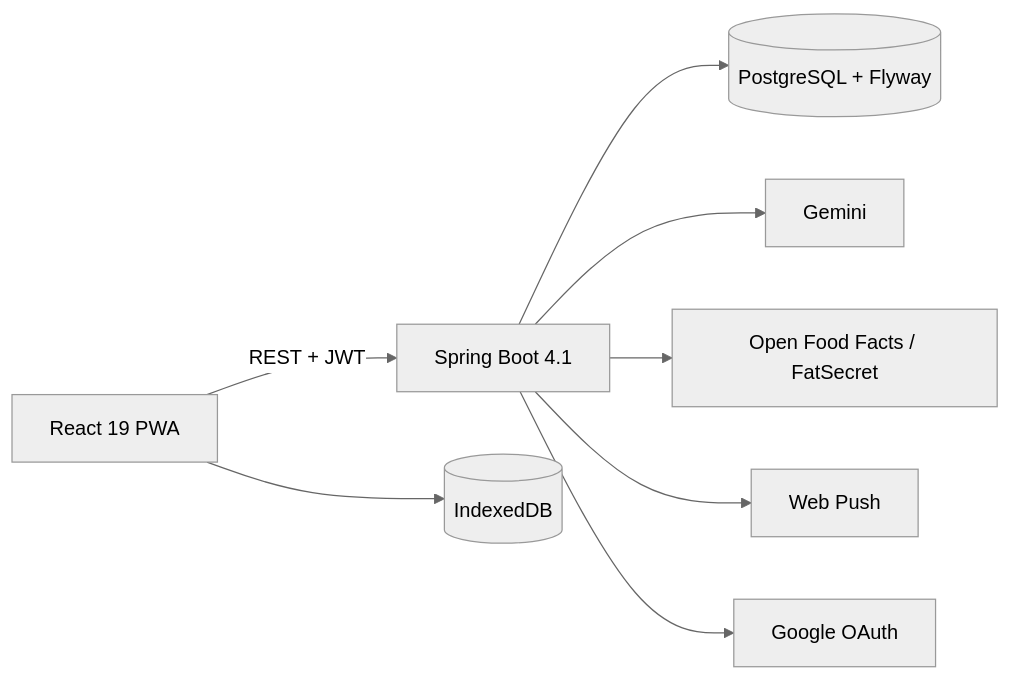
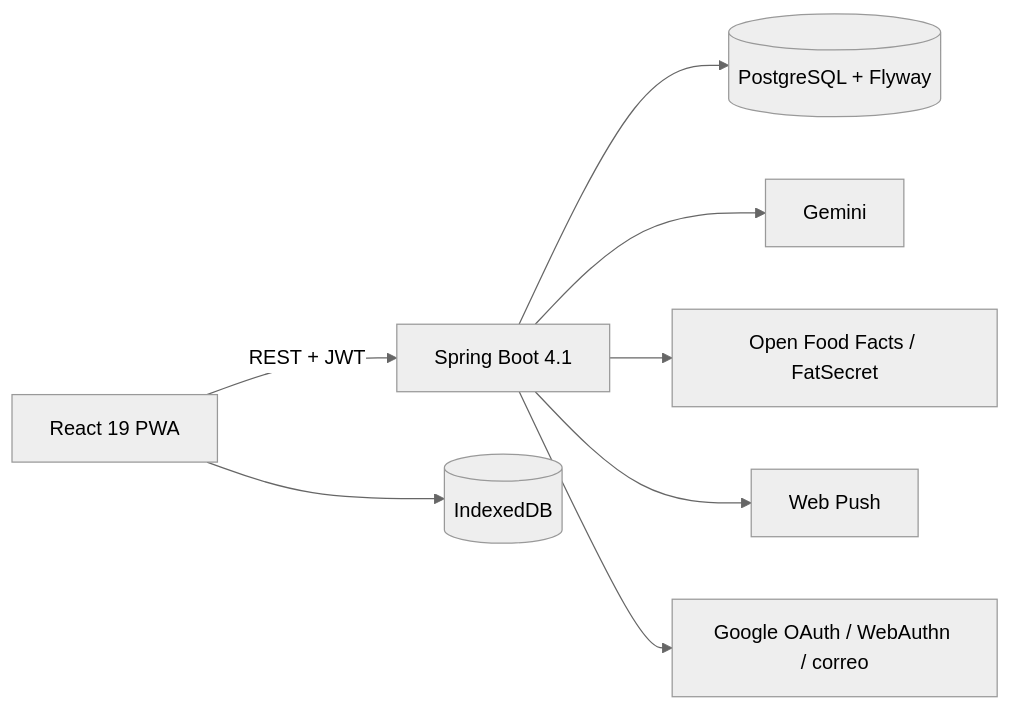
The diagram in README.md (RaclosDev/ascension-tracker), drawn with Mermaid (neutral theme) before and after one commit. The commit also changed other lines of this file and 154 other files, not shown here.

````diff
--- a/README.md
+++ b/README.md
@@ -62,10 +66,10 @@
 ```mermaid
 flowchart LR
     UI[React 19 PWA] -->|REST + JWT| API[Spring Boot 4.1]
     UI --> LOCAL[(IndexedDB)]
     API --> DB[(PostgreSQL + Flyway)]
     API --> AI[Gemini]
     API --> FOOD[Open Food Facts / FatSecret]
     API --> PUSH[Web Push]
-    API --> GOOGLE[Google OAuth]
+    API --> AUTH[Google OAuth / WebAuthn / correo]
 ```
````
